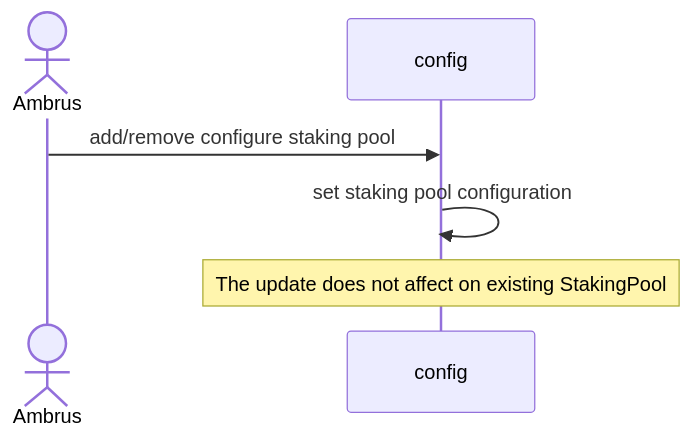
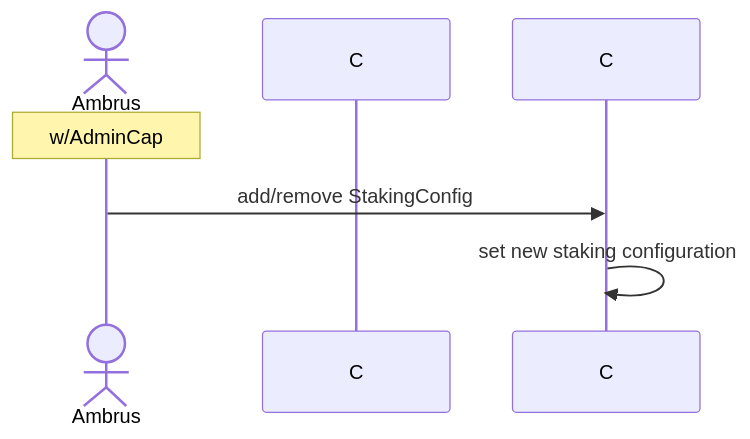
Before and after one commit to z330789559/e4c: the fifth of 5 diagrams in README.md, drawn with Mermaid. The commit also changed other lines of this file, not shown here.

Commit message:
docs: update sequence diagrams

````diff
--- a/README.md
+++ b/README.md
@@ -78,8 +96,8 @@
 ```mermaid
 sequenceDiagram
     actor A as Ambrus
-    participant config
-    A ->> config: add/remove configure staking pool
-    config ->> config: set staking pool configuration
-    Note over config: The update does not affect on existing StakingPool
+    participant config as C
+    Note over A: w/AdminCap
+    A ->> C: add/remove StakingConfig
+    C ->> C: set new staking configuration
 ```
````
